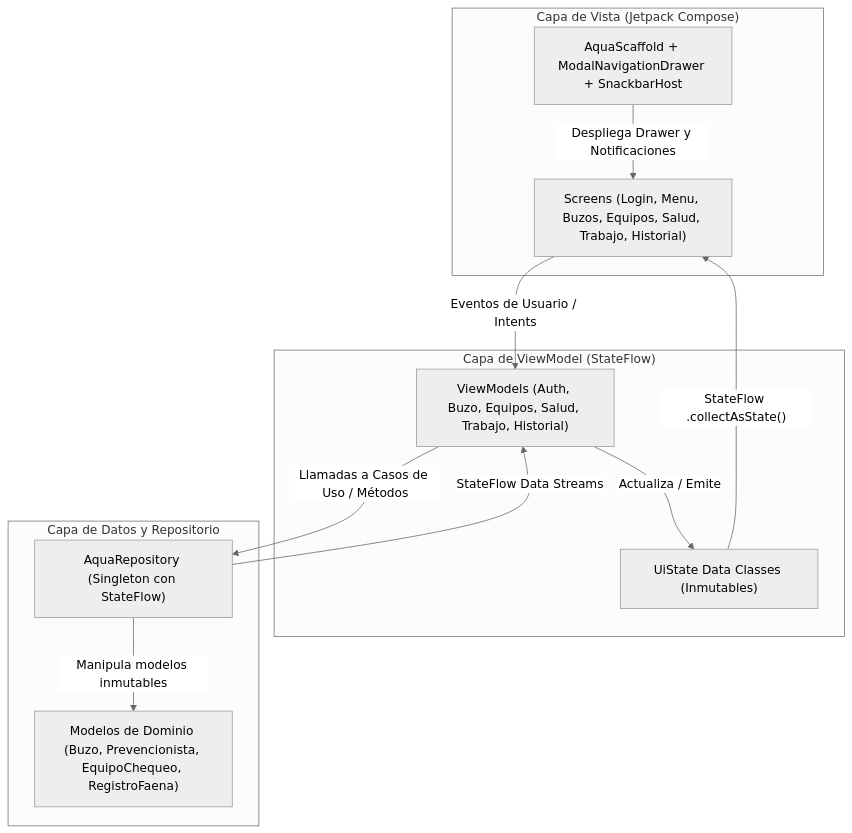
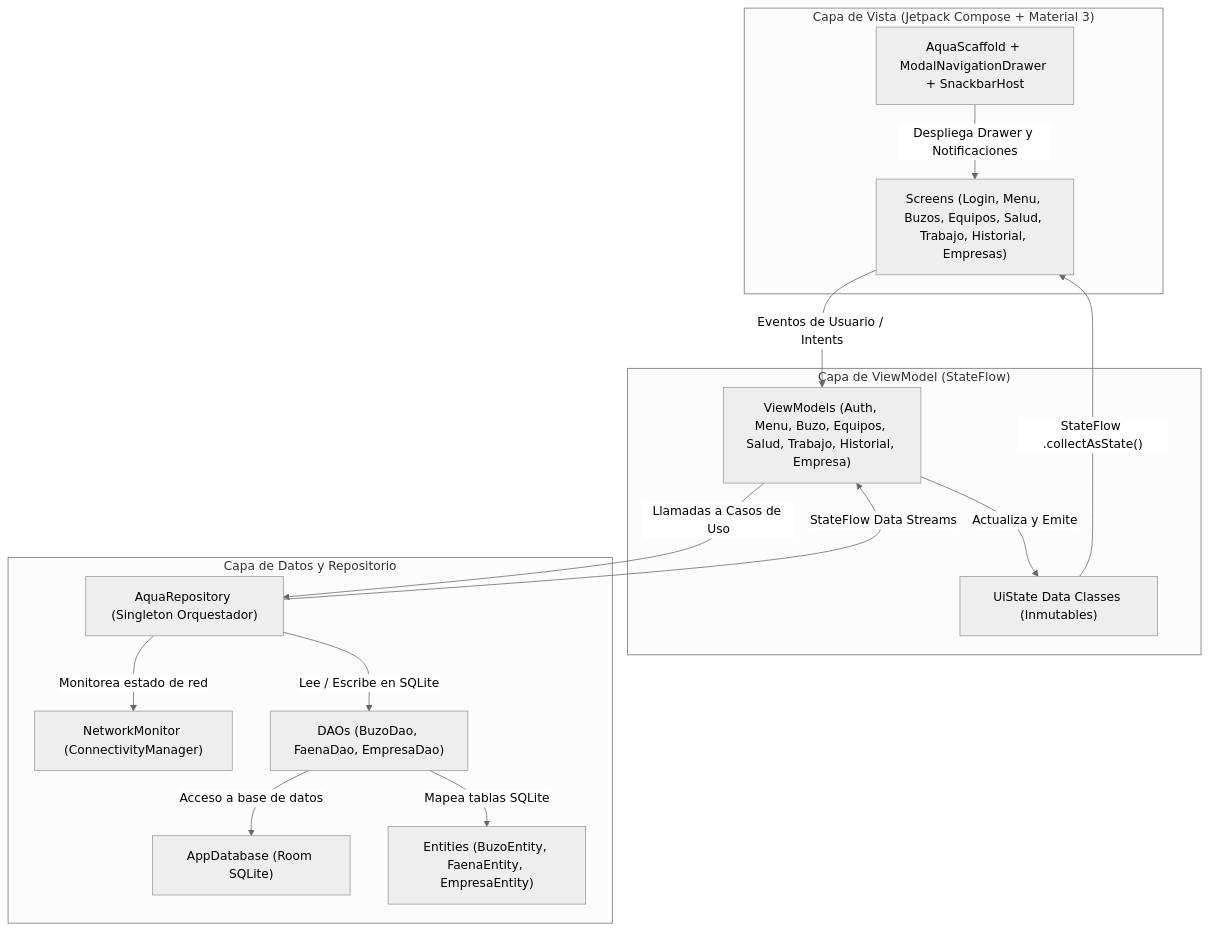
One commit to AjoloteHacker/Aqua-Registro changed the first of 2 diagrams in README.md. Above: the diagram before and after it, drawn with Mermaid (neutral theme). The commit also changed other lines of this file and 23 other files, not shown here.

Commit message:
creacion de persistencia Room SQLite, monitor nativo de  conectividad y readme actualizado

````diff
--- a/README.md
+++ b/README.md
@@ -11,25 +53,31 @@
 ```mermaid
 graph TD
-    subgraph UI ["Capa de Vista (Jetpack Compose)"]
-        Screens["Screens (Login, Menu, Buzos, Equipos, Salud, Trabajo, Historial)"]
+    subgraph UI ["Capa de Vista (Jetpack Compose + Material 3)"]
+        Screens["Screens (Login, Menu, Buzos, Equipos, Salud, Trabajo, Historial, Empresas)"]
         Scaffold["AquaScaffold + ModalNavigationDrawer + SnackbarHost"]
     end
 
     subgraph ViewModel ["Capa de ViewModel (StateFlow)"]
-        VM["ViewModels (Auth, Buzo, Equipos, Salud, Trabajo, Historial)"]
+        VM["ViewModels (Auth, Menu, Buzo, Equipos, Salud, Trabajo, Historial, Empresa)"]
         UiState["UiState Data Classes (Inmutables)"]
     end
 
     subgraph Data ["Capa de Datos y Repositorio"]
-        Repo["AquaRepository (Singleton con StateFlow)"]
-        Models["Modelos de Dominio (Buzo, Prevencionista, EquipoChequeo, RegistroFaena)"]
+        Repo["AquaRepository (Singleton Orquestador)"]
+        NetMon["NetworkMonitor (ConnectivityManager)"]
+        RoomDB["AppDatabase (Room SQLite)"]
+        DAOs["DAOs (BuzoDao, FaenaDao, EmpresaDao)"]
+        Entities["Entities (BuzoEntity, FaenaEntity, EmpresaEntity)"]
     end
 
     Screens -->|Eventos de Usuario / Intents| VM
-    VM -->|Actualiza / Emite| UiState
+    VM -->|Actualiza y Emite| UiState
     UiState -->|"StateFlow .collectAsState()"| Screens
-    VM -->|Llamadas a Casos de Uso / Métodos| Repo
+    VM -->|Llamadas a Casos de Uso| Repo
     Repo -->|StateFlow Data Streams| VM
-    Repo -->|Manipula modelos inmutables| Models
+    Repo -->|Monitorea estado de red| NetMon
+    Repo -->|Lee / Escribe en SQLite| DAOs
+    DAOs -->|Mapea tablas SQLite| Entities
+    DAOs -->|Acceso a base de datos| RoomDB
     Scaffold -->|Despliega Drawer y Notificaciones| Screens
 ```
````
